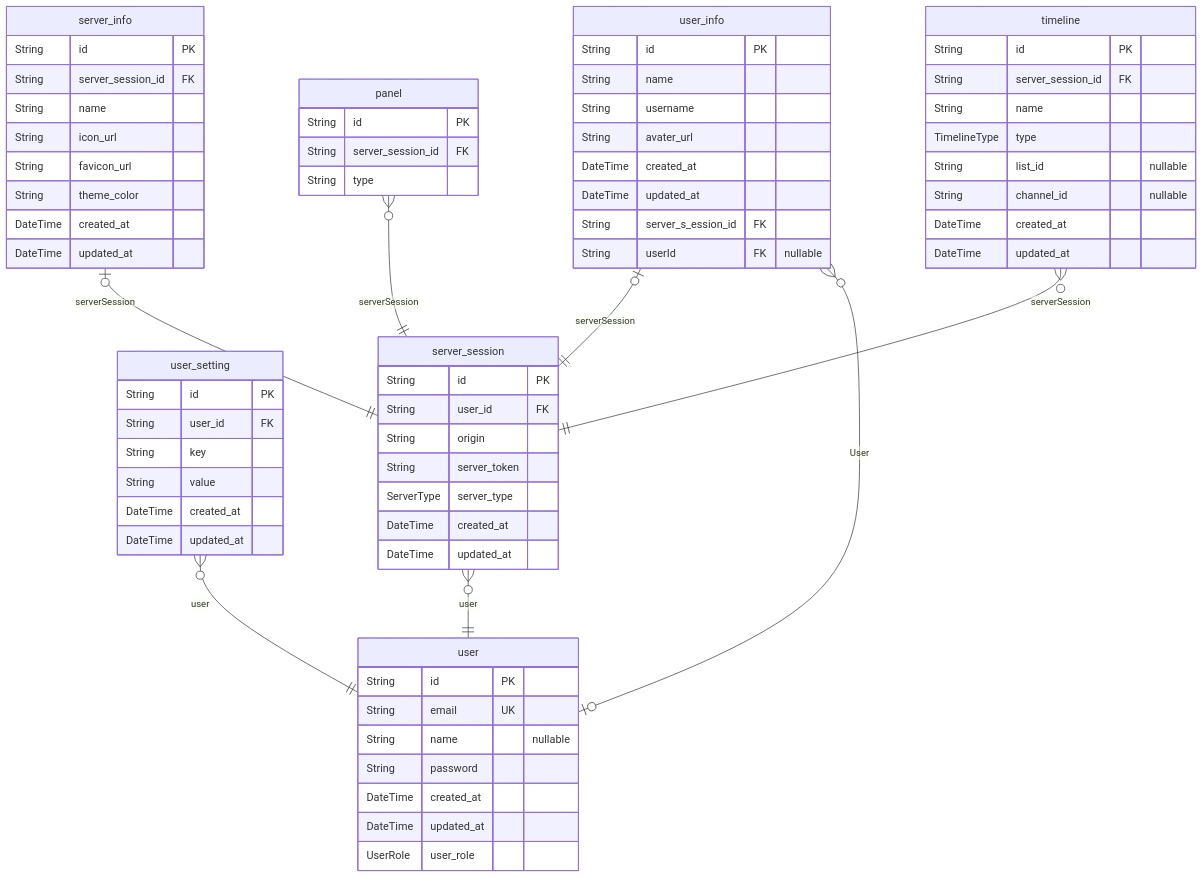
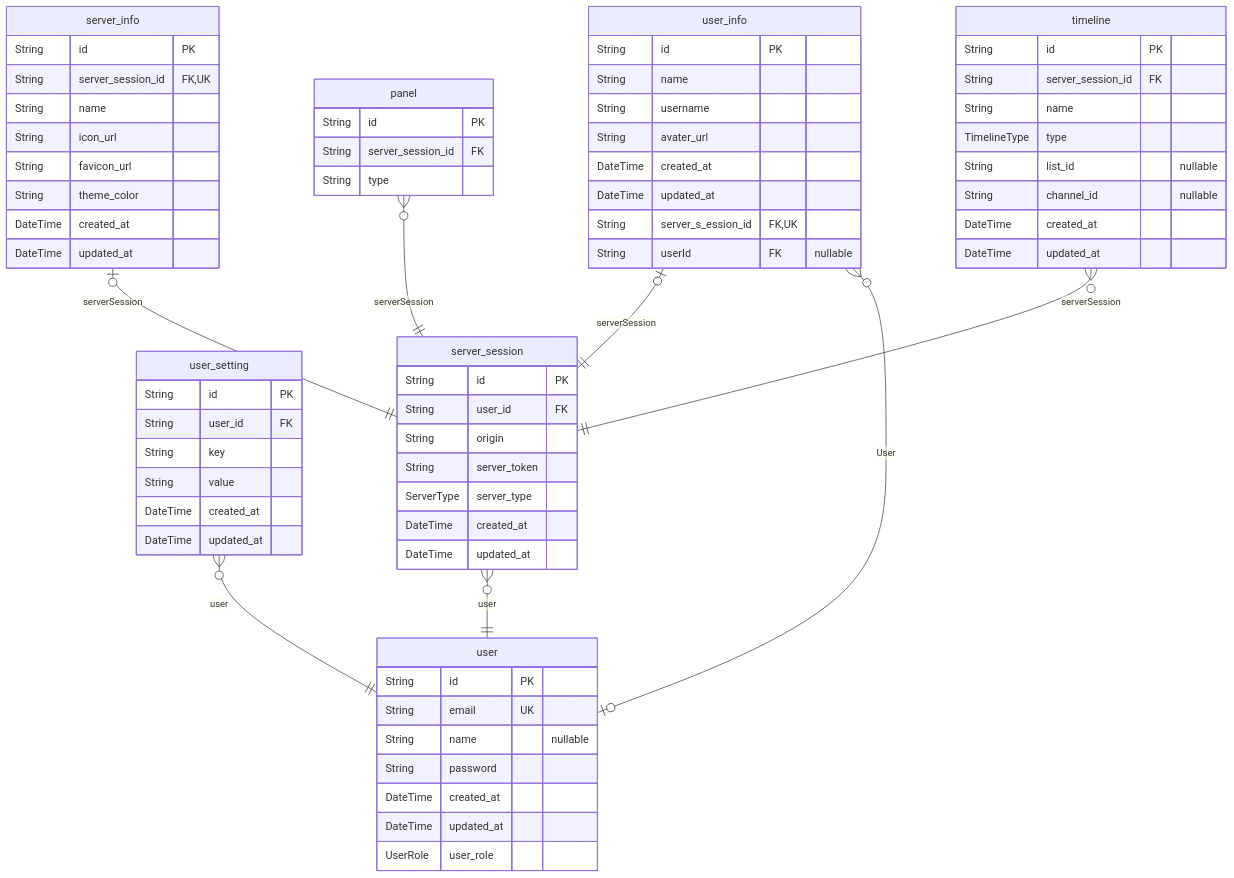
Before and after one commit to mochi-sann/mi-deck: the diagram in apps/server/prisma/ERD.md, drawn with Mermaid.

Commit message:
update prisma erd.md

````diff
--- a/apps/server/prisma/ERD.md
+++ b/apps/server/prisma/ERD.md
@@ -7,71 +7,71 @@
 ```mermaid
 erDiagram
 "user" {
   String id PK
   String email UK
   String name "nullable"
   String password
   DateTime created_at
   DateTime updated_at
   UserRole user_role
 }
 "user_setting" {
   String id PK
   String user_id FK
   String key
   String value
   DateTime created_at
   DateTime updated_at
 }
 "server_session" {
   String id PK
   String user_id FK
   String origin
   String server_token
   ServerType server_type
   DateTime created_at
   DateTime updated_at
 }
 "server_info" {
   String id PK
-  String server_session_id FK
+  String server_session_id FK,UK
   String name
   String icon_url
   String favicon_url
   String theme_color
   DateTime created_at
   DateTime updated_at
 }
 "user_info" {
   String id PK
   String name
   String username
   String avater_url
   DateTime created_at
   DateTime updated_at
-  String server_s_ession_id FK
+  String server_s_ession_id FK,UK
   String userId FK "nullable"
 }
 "panel" {
   String id PK
   String server_session_id FK
   String type
 }
 "timeline" {
   String id PK
   String server_session_id FK
   String name
   TimelineType type
   String list_id "nullable"
   String channel_id "nullable"
   DateTime created_at
   DateTime updated_at
 }
 "user_setting" }o--|| "user" : user
 "server_session" }o--|| "user" : user
 "server_info" |o--|| "server_session" : serverSession
 "user_info" |o--|| "server_session" : serverSession
 "user_info" }o--o| "user" : User
 "panel" }o--|| "server_session" : serverSession
 "timeline" }o--|| "server_session" : serverSession
 ```
````
